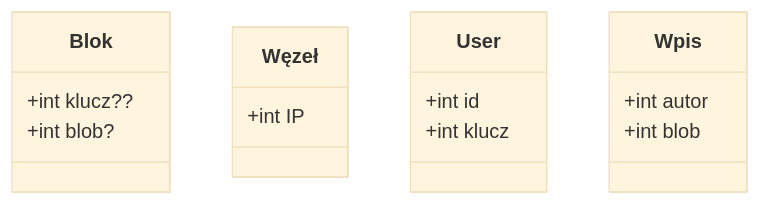
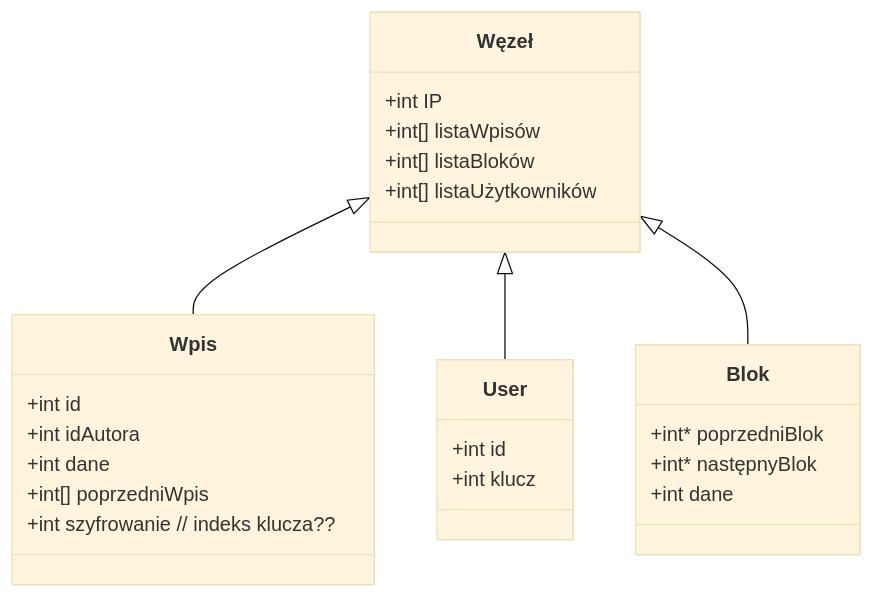
One commit to haniamak/GENERIC-BLOCKCHAIN changed the diagram in DIAGRAM.md. Above: the diagram before and after it, drawn with Mermaid (base theme).

````diff
--- a/DIAGRAM.md
+++ b/DIAGRAM.md
@@ -1,19 +1,29 @@
 ```mermaid
 
 classDiagram
     class Blok{
-      +int klucz??
-      +int blob?
+        +int* poprzedniBlok
+        +int* następnyBlok
+        +int dane
     }
     class Węzeł{
-      +int IP
+        +int IP
+        +int[] listaWpisów
+        +int[] listaBloków
+        +int[] listaUżytkowników
     }
     class User{
-      +int id
-      +int klucz
+        +int id
+        +int klucz
     }
     class Wpis{
-      +int autor
-      +int blob
+        +int id
+        +int idAutora
+        +int dane
+        +int[] poprzedniWpis
+        +int szyfrowanie // indeks klucza??
     }
+    Węzeł <|-- Wpis
+    Węzeł <|-- User
+    Węzeł <|-- Blok
 ```
````
